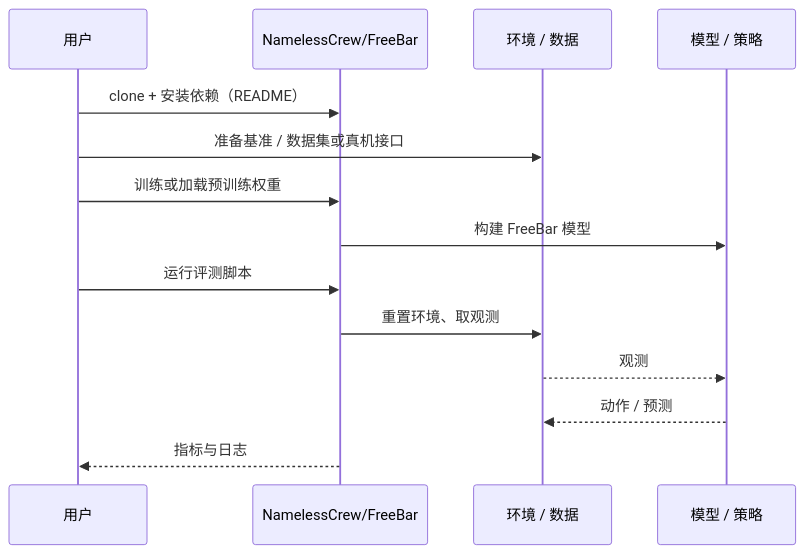
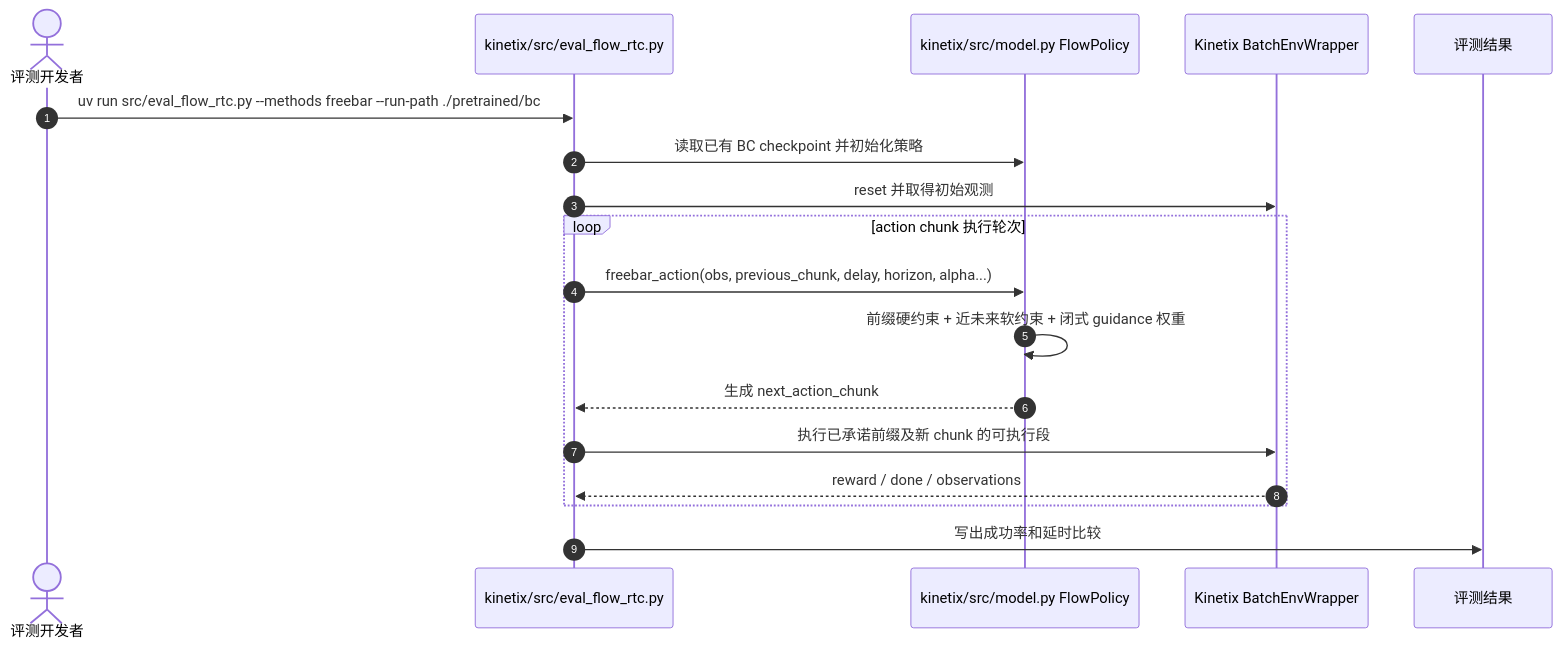
One commit to ImChong/Robotics_Notebooks changed the second of 2 diagrams in wiki/entities/paper-freebar-barrier-guidance-async-vla.md. Above: the diagram before and after it, drawn with Mermaid. The commit also changed other lines of this file and 17 other files, not shown here.

Commit message:
ingest：深读八篇北京人形机器人研究，补齐来源、Mermaid 与满分健康度

````diff
--- a/wiki/entities/paper-freebar-barrier-guidance-async-vla.md
+++ b/wiki/entities/paper-freebar-barrier-guidance-async-vla.md
@@ -63,16 +80,20 @@
 ```mermaid
 sequenceDiagram
-  participant U as 用户
-  participant R as NamelessCrew/FreeBar
-  participant E as 环境 / 数据
-  participant M as 模型 / 策略
-  U->>R: clone + 安装依赖（README）
-  U->>E: 准备基准 / 数据集或真机接口
-  U->>R: 训练或加载预训练权重
-  R->>M: 构建 FreeBar 模型
-  U->>R: 运行评测脚本
-  R->>E: 重置环境、取观测
-  E-->>M: 观测
-  M-->>E: 动作 / 预测
-  R-->>U: 指标与日志
+  autonumber
+  actor Dev as 评测开发者
+  participant Eval as kinetix/src/eval_flow_rtc.py
+  participant Policy as kinetix/src/model.py FlowPolicy
+  participant Env as Kinetix BatchEnvWrapper
+  participant Metrics as 评测结果
+  Dev->>Eval: uv run src/eval_flow_rtc.py --methods freebar --run-path ./pretrained/bc
+  Eval->>Policy: 读取已有 BC checkpoint 并初始化策略
+  Eval->>Env: reset 并取得初始观测
+  loop action chunk 执行轮次
+    Eval->>Policy: freebar_action(obs, previous_chunk, delay, horizon, alpha...)
+    Policy->>Policy: 前缀硬约束 + 近未来软约束 + 闭式 guidance 权重
+    Policy-->>Eval: 生成 next_action_chunk
+    Eval->>Env: 执行已承诺前缀及新 chunk 的可执行段
+    Env-->>Eval: reward / done / observations
+  end
+  Eval->>Metrics: 写出成功率和延时比较
 ```
````
